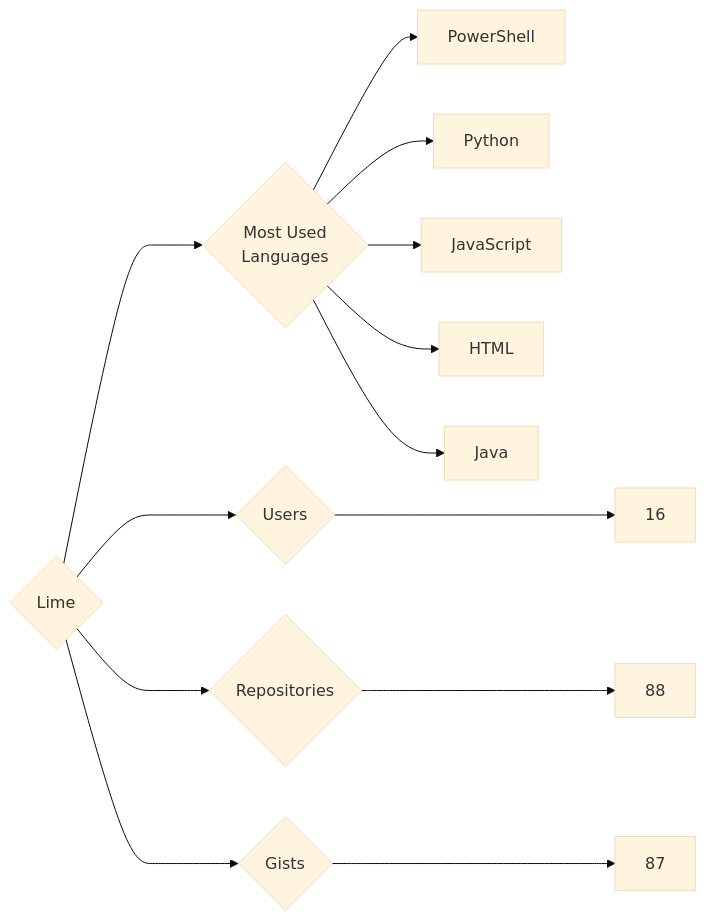
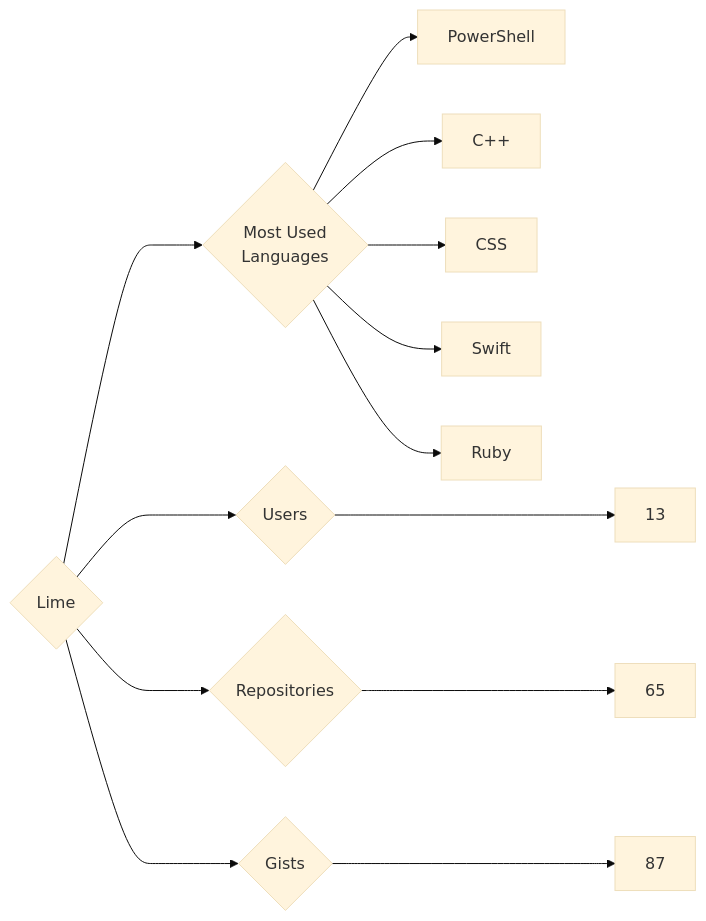
The diagram in targets/Lime/README.md (trickest/insiders), drawn with Mermaid (base theme) before and after one commit. The commit also changed 775 other files, not shown here.

````diff
--- a/targets/Lime/README.md
+++ b/targets/Lime/README.md
@@ -3,13 +3,13 @@
 ```mermaid
 graph LR
 COMPANY_NAME{Lime}
-COMPANY_NAME ---> U{Users} ---> UN[16]
-COMPANY_NAME ---> R{Repositories} ---> RN[88]
+COMPANY_NAME ---> U{Users} ---> UN[13]
+COMPANY_NAME ---> R{Repositories} ---> RN[65]
 COMPANY_NAME ---> G{Gists} ---> GN[87]
 COMPANY_NAME ---> ML{Most Used<br>Languages}
 ML --> PowerShell[PowerShell]
-ML --> Python[Python]
-ML --> JavaScript[JavaScript]
-ML --> HTML[HTML]
-ML --> Java[Java]
+ML --> C++[C++]
+ML --> CSS[CSS]
+ML --> Swift[Swift]
+ML --> Ruby[Ruby]
 ```
````
